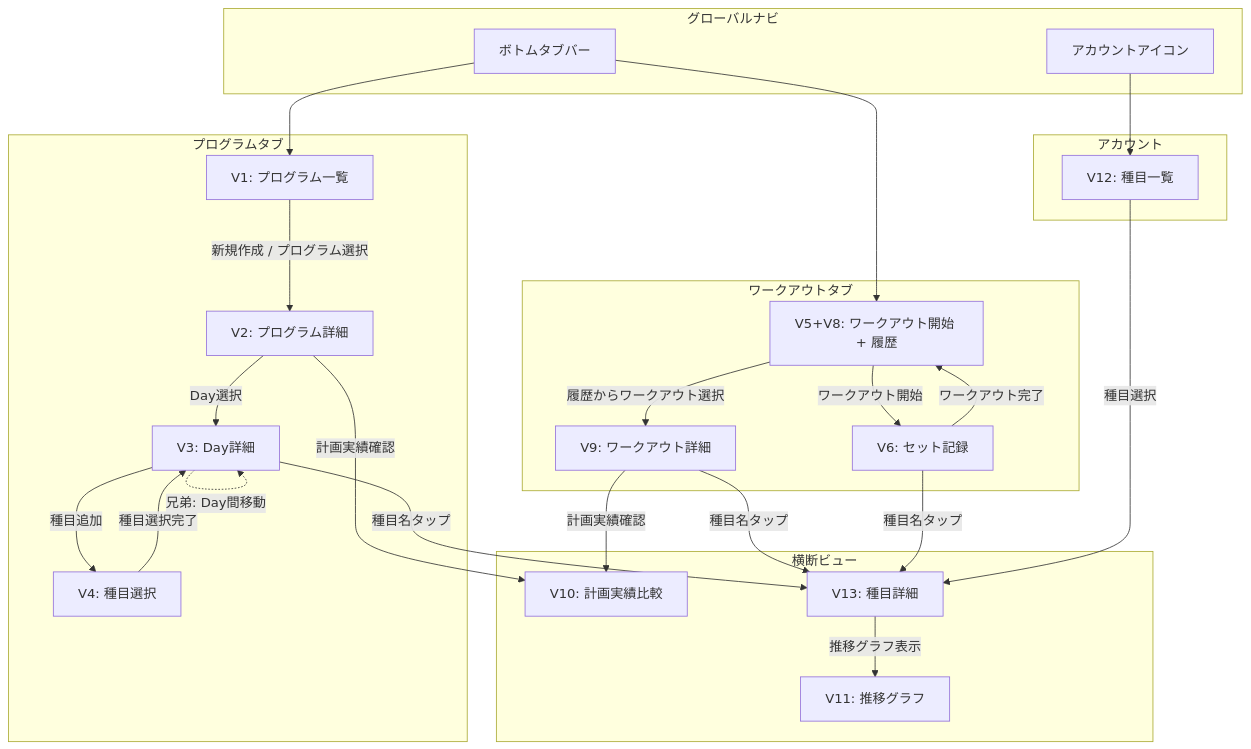
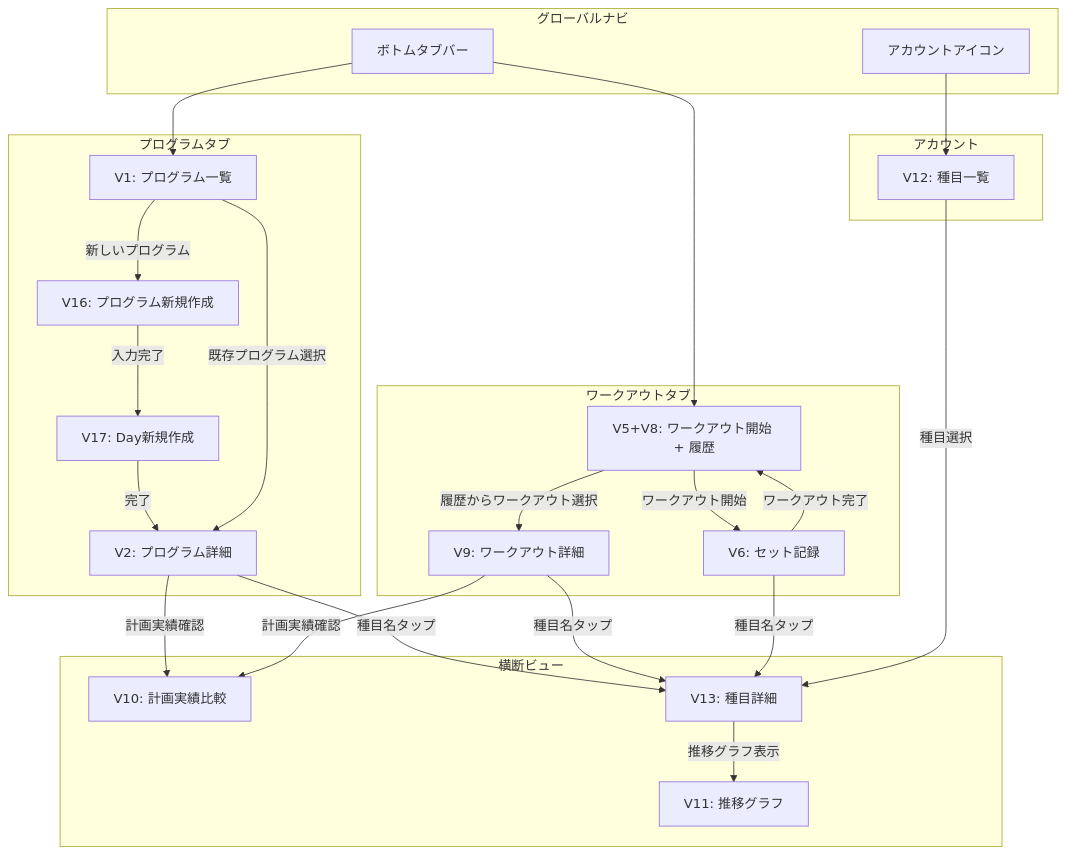
One commit to gn-t-k/next-lift changed the first of 2 diagrams in docs/project/ui-design/views-and-navigation.md. Above: the diagram before and after it, drawn with Mermaid. The commit also changed other lines of this file and 4 other files, not shown here.

First line of the commit message:
docs: 設計判断 #54-#60 / ER #32 を追加し、新規作成フローを V16+V17 独立フォームに再構成

````diff
--- a/docs/project/ui-design/views-and-navigation.md
+++ b/docs/project/ui-design/views-and-navigation.md
@@ -241,55 +258,53 @@
 ```mermaid
 flowchart TD
     subgraph グローバルナビ
         TAB[ボトムタブバー]
         ACC[アカウントアイコン]
     end
 
     subgraph プログラムタブ
         V1[V1: プログラム一覧]
+        V16[V16: プログラム新規作成]
+        V17[V17: Day新規作成]
         V2[V2: プログラム詳細]
-        V3[V3: Day詳細]
-        V4[V4: 種目選択]
     end
 
     subgraph ワークアウトタブ
         V5_V8[V5+V8: ワークアウト開始 + 履歴]
         V6[V6: セット記録]
         V9[V9: ワークアウト詳細]
     end
 
     subgraph アカウント
         V12[V12: 種目一覧]
     end
 
     subgraph 横断ビュー
         V10[V10: 計画実績比較]
         V11[V11: 推移グラフ]
         V13[V13: 種目詳細]
     end
 
     TAB --> V1
     TAB --> V5_V8
     ACC --> V12
 
-    V1 -->|新規作成 / プログラム選択| V2
-    V2 -->|Day選択| V3
-    V3 -->|種目追加| V4
-    V4 -->|種目選択完了| V3
+    V1 -->|新しいプログラム| V16
+    V16 -->|入力完了| V17
+    V17 -->|完了| V2
+    V1 -->|既存プログラム選択| V2
 
     V5_V8 -->|ワークアウト開始| V6
     V6 -->|ワークアウト完了| V5_V8
     V5_V8 -->|履歴からワークアウト選択| V9
 
     V2 -->|計画実績確認| V10
     V9 -->|計画実績確認| V10
 
-    V3 -->|種目名タップ| V13
+    V2 -->|種目名タップ| V13
     V9 -->|種目名タップ| V13
     V6 -->|種目名タップ| V13
     V12 -->|種目選択| V13
 
     V13 -->|推移グラフ表示| V11
-
-    V3 -.->|兄弟: Day間移動| V3
 ```
````
